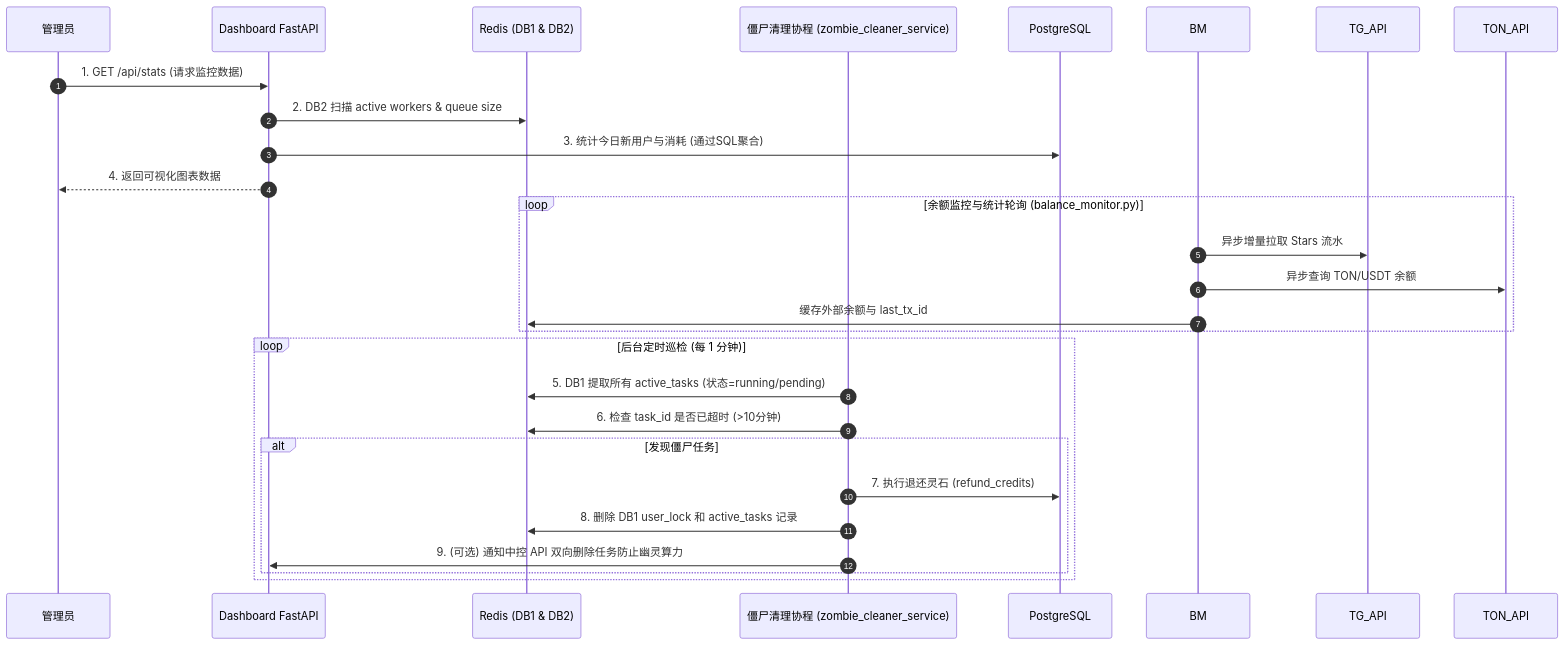
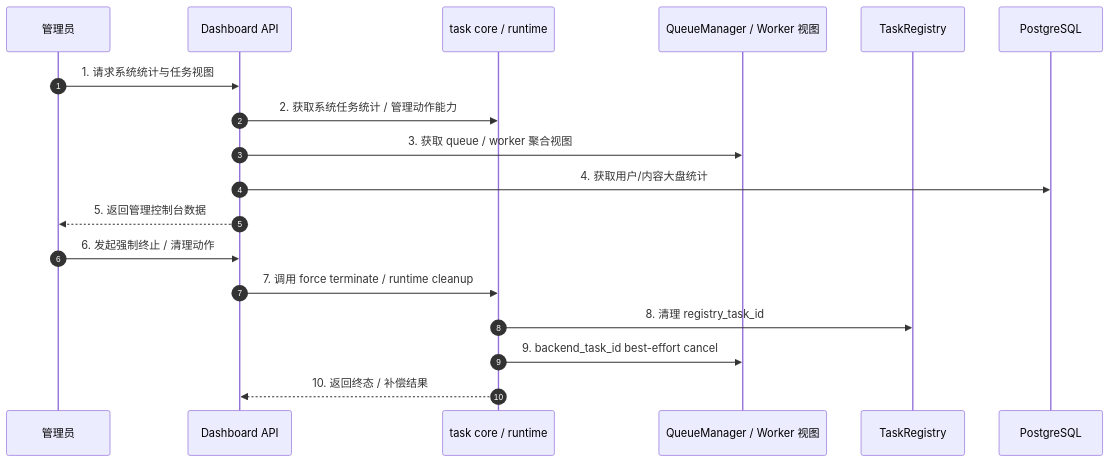
One commit to giraffu/All_bot changed the diagram in docs/子模块_后台监控与清理_dashboard_monitoring.md. Above: the diagram before and after it, drawn with Mermaid. The commit also changed other lines of this file and 22 other files, not shown here.

````diff
--- a/docs/子模块_后台监控与清理_dashboard_monitoring.md
+++ b/docs/子模块_后台监控与清理_dashboard_monitoring.md
@@ -8,30 +15,22 @@
 ```mermaid
 sequenceDiagram
     autonumber
     participant Admin as 管理员
-    participant DB as Dashboard FastAPI
-    participant Redis as Redis (DB1 & DB2)
-    participant ZC as 僵尸清理协程 (zombie_cleaner_service)
+    participant Dash as Dashboard API
+    participant Core as task core / runtime
+    participant Queue as QueueManager / Worker 视图
+    participant Registry as TaskRegistry
     participant PG as PostgreSQL
 
-    Admin->>DB: 1. GET /api/stats (请求监控数据)
-    DB->>Redis: 2. DB2 扫描 active workers & queue size
-    DB->>PG: 3. 统计今日新用户与消耗 (通过SQL聚合)
-    DB-->>Admin: 4. 返回可视化图表数据
-    
-    loop 余额监控与统计轮询 (balance_monitor.py)
-        BM->>TG_API: 异步增量拉取 Stars 流水
-        BM->>TON_API: 异步查询 TON/USDT 余额
-        BM->>Redis: 缓存外部余额与 last_tx_id
-    end
+    Admin->>Dash: 1. 请求系统统计与任务视图
+    Dash->>Core: 2. 获取系统任务统计 / 管理动作能力
+    Dash->>Queue: 3. 获取 queue / worker 聚合视图
+    Dash->>PG: 4. 获取用户/内容大盘统计
+    Dash-->>Admin: 5. 返回管理控制台数据
 
-    loop 后台定时巡检 (每 1 分钟)
-        ZC->>Redis: 5. DB1 提取所有 active_tasks (状态=running/pending)
-        ZC->>Redis: 6. 检查 task_id 是否已超时 (>10分钟)
-        alt 发现僵尸任务
-            ZC->>PG: 7. 执行退还灵石 (refund_credits)
-            ZC->>Redis: 8. 删除 DB1 user_lock 和 active_tasks 记录
-            ZC->>DB: 9. (可选) 通知中控 API 双向删除任务防止幽灵算力
-        end
-    end
+    Admin->>Dash: 6. 发起强制终止 / 清理动作
+    Dash->>Core: 7. 调用 force terminate / runtime cleanup
+    Core->>Registry: 8. 清理 registry_task_id
+    Core->>Queue: 9. backend_task_id best-effort cancel
+    Core-->>Dash: 10. 返回终态 / 补偿结果
 ```
````
